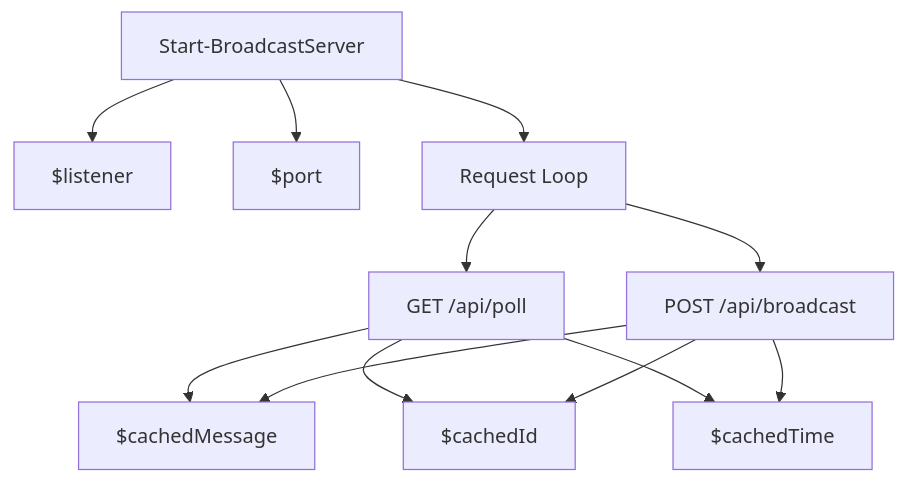
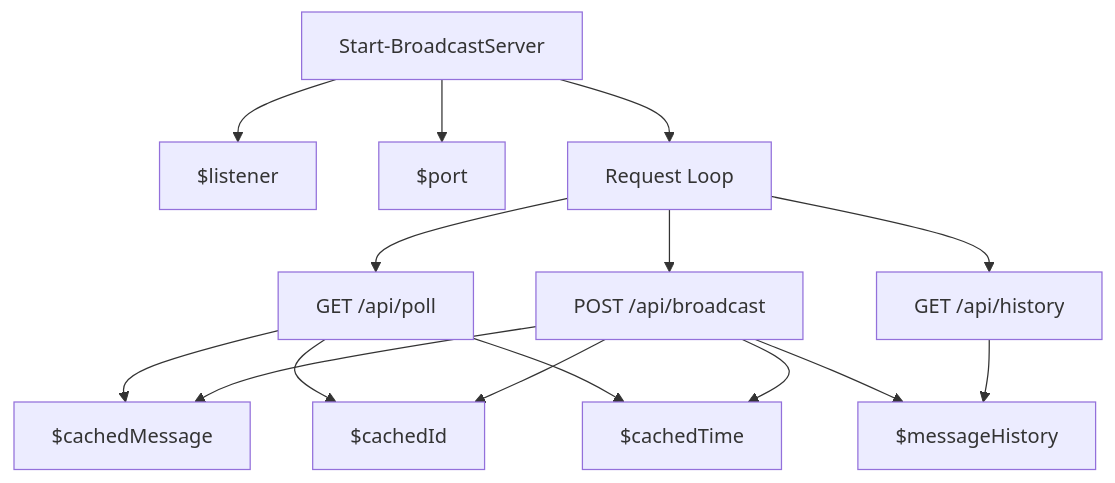
One commit to DovahkiinYuzuko/ddo-saba changed the diagram in docs/variables'n'functions/[PowerShell]broadcast_server.md. Above: the diagram before and after it, drawn with Mermaid. The commit also changed other lines of this file and 13 other files, not shown here.

````diff
--- a/docs/variables'n'functions/[PowerShell]broadcast_server.md
+++ b/docs/variables'n'functions/[PowerShell]broadcast_server.md
@@ -38,14 +43,17 @@
 ```mermaid
 graph TD
     start[Start-BroadcastServer] --> listener[$listener]
     start --> port[$port]
     start --> loop[Request Loop]
     loop --> poll[GET /api/poll]
     loop --> broadcast[POST /api/broadcast]
+    loop --> history[GET /api/history]
     poll --> cacheMsg[$cachedMessage]
     poll --> cacheId[$cachedId]
     poll --> cacheTime[$cachedTime]
     broadcast --> cacheMsg
     broadcast --> cacheId
     broadcast --> cacheTime
+    broadcast --> cacheHist[$messageHistory]
+    history --> cacheHist
 ```
````
